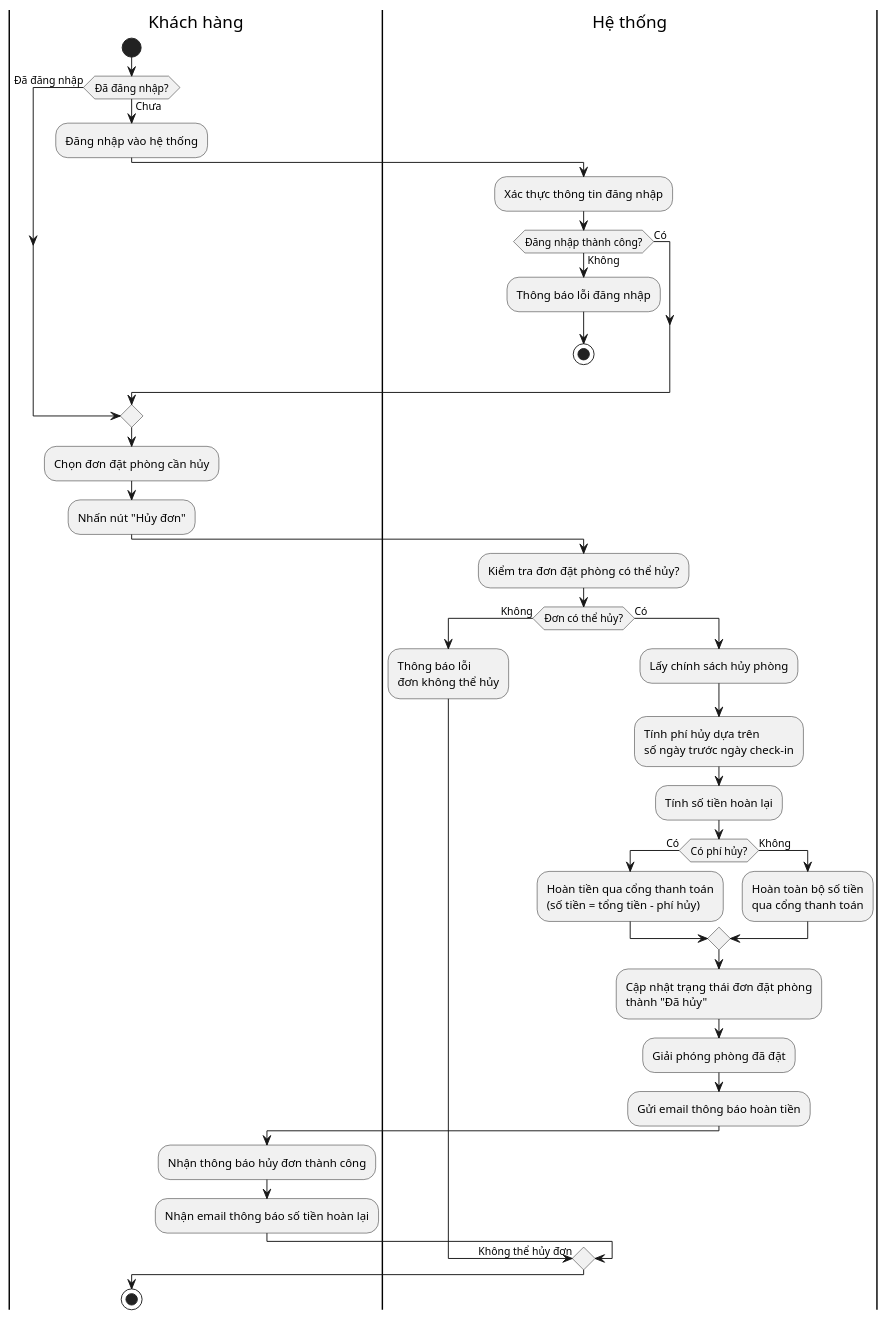
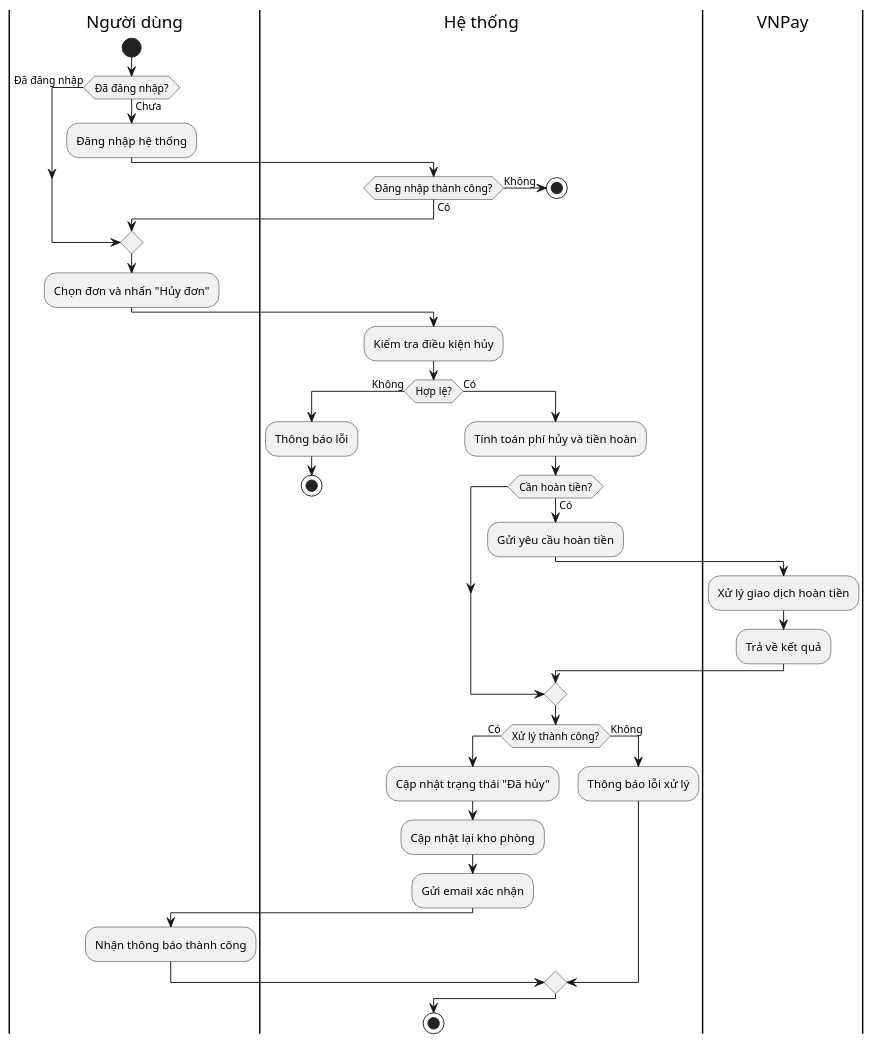
Before and after one commit to decoutkhanqindev/holidate-nestjs-springboot-aws: the diagram in be/holidate/activity_diagrams/cancel-booking-activity.puml, drawn with PlantUML. The commit also changed other lines of this file and 16 other files, not shown here.

Commit message:
Refactor activity diagrams: Replace "Khách hàng" with "Người dùng" for consistency across booking and payment processes, and update terminology for clarity in user interactions.

```diff
--- a/be/holidate/activity_diagrams/cancel-booking-activity.puml
+++ b/be/holidate/activity_diagrams/cancel-booking-activity.puml
@@ -1,51 +1,47 @@
 @startuml
-|Khách hàng|
+|Người dùng|
 start
 if (Đã đăng nhập?) then (Chưa)
-  :Đăng nhập vào hệ thống;
+  :Đăng nhập hệ thống;
   |Hệ thống|
-  :Xác thực thông tin đăng nhập;
   if (Đăng nhập thành công?) then (Không)
-    :Thông báo lỗi đăng nhập;
     stop
   else (Có)
-    |Khách hàng|
+    |Người dùng|
   endif
 else (Đã đăng nhập)
 endif
 
-|Khách hàng|
-:Chọn đơn đặt phòng cần hủy;
-:Nhấn nút "Hủy đơn";
+|Người dùng|
+:Chọn đơn và nhấn "Hủy đơn";
 
 |Hệ thống|
-:Kiểm tra đơn đặt phòng có thể hủy?;
-
-if (Đơn có thể hủy?) then (Không)
-  :Thông báo lỗi\nđơn không thể hủy;
-  |Khách hàng|
-  -> Không thể hủy đơn;
+:Kiểm tra điều kiện hủy;
+if (Hợp lệ?) then (Không)
+  :Thông báo lỗi;
+  stop
 else (Có)
-  |Hệ thống|
-  :Lấy chính sách hủy phòng;
-  :Tính phí hủy dựa trên\nsố ngày trước ngày check-in;
-  :Tính số tiền hoàn lại;
-
-  if (Có phí hủy?) then (Có)
-    :Hoàn tiền qua cổng thanh toán\n(số tiền = tổng tiền - phí hủy);
-  else (Không)
-    :Hoàn toàn bộ số tiền\nqua cổng thanh toán;
+  :Tính toán phí hủy và tiền hoàn;
+  
+  if (Cần hoàn tiền?) then (Có)
+    :Gửi yêu cầu hoàn tiền;
+    |VNPay|
+    :Xử lý giao dịch hoàn tiền;
+    :Trả về kết quả;
+    |Hệ thống|
   endif
 
-  |Hệ thống|
-  :Cập nhật trạng thái đơn đặt phòng\nthành "Đã hủy";
-  :Giải phóng phòng đã đặt;
-  :Gửi email thông báo hoàn tiền;
-
-  |Khách hàng|
-  :Nhận thông báo hủy đơn thành công;
-  :Nhận email thông báo số tiền hoàn lại;
+  if (Xử lý thành công?) then (Có)
+    :Cập nhật trạng thái "Đã hủy";
+    :Cập nhật lại kho phòng;
+    :Gửi email xác nhận;
+    |Người dùng|
+    :Nhận thông báo thành công;
+  else (Không)
+    |Hệ thống|
+    :Thông báo lỗi xử lý;
+  endif
 endif
 
 stop
 @enduml
```
